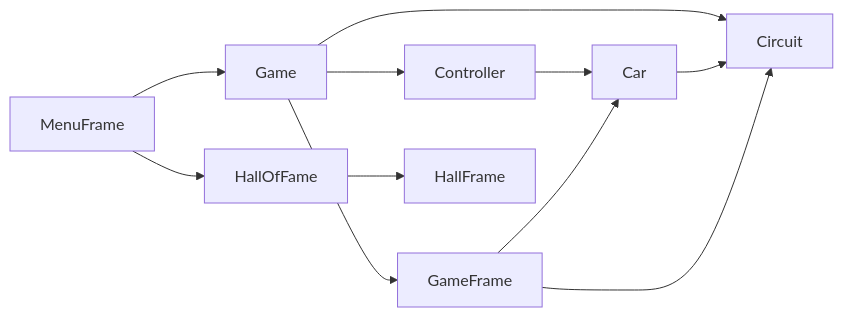
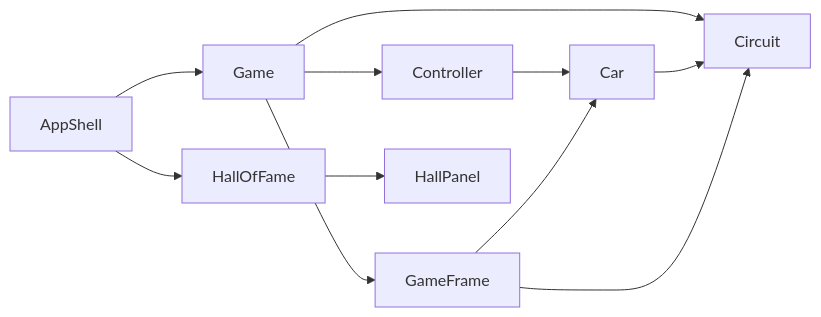
One commit to alexandrelheinen/super-sprint changed the diagram in README.md. Above: the diagram before and after it, drawn with Mermaid. The commit also changed other lines of this file and 11 other files, not shown here.

First line of the commit message:
Navigate all screens inside a single AppShell window

````diff
--- a/README.md
+++ b/README.md
@@ -75,13 +75,13 @@
 ```mermaid
 flowchart LR
-  MenuFrame --> Game
+  AppShell --> Game
   Game --> GameFrame
   Game --> Circuit
   Game --> Controller
   Controller --> Car
   Car --> Circuit
   GameFrame --> Car
   GameFrame --> Circuit
-  HallOfFame --> HallFrame
-  MenuFrame --> HallOfFame
+  HallOfFame --> HallPanel
+  AppShell --> HallOfFame
 ```
````
